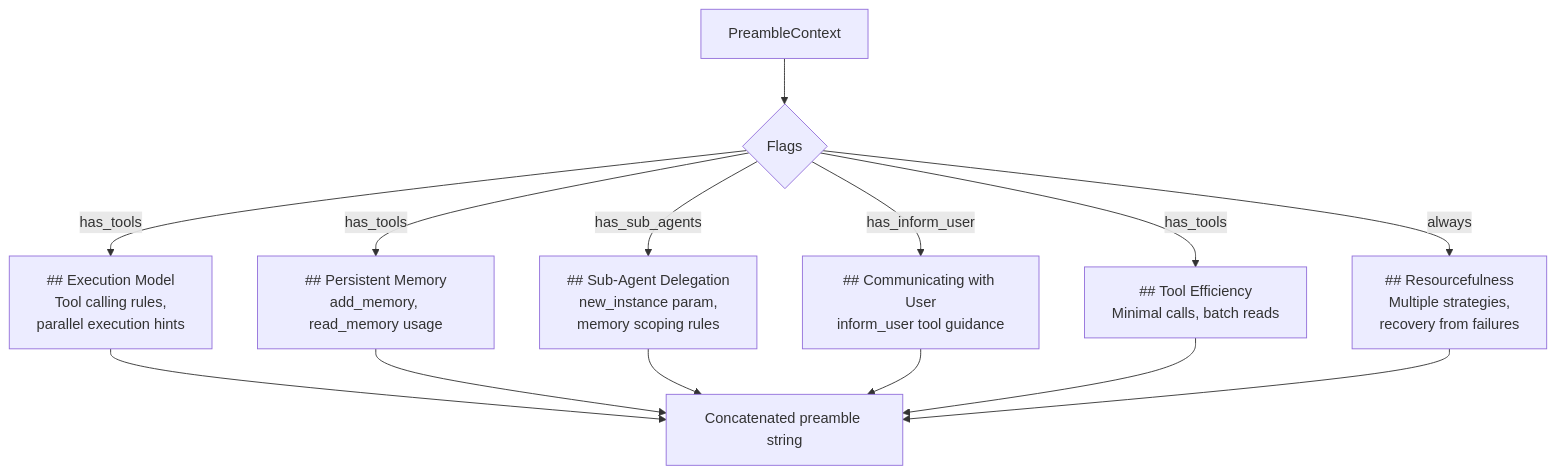
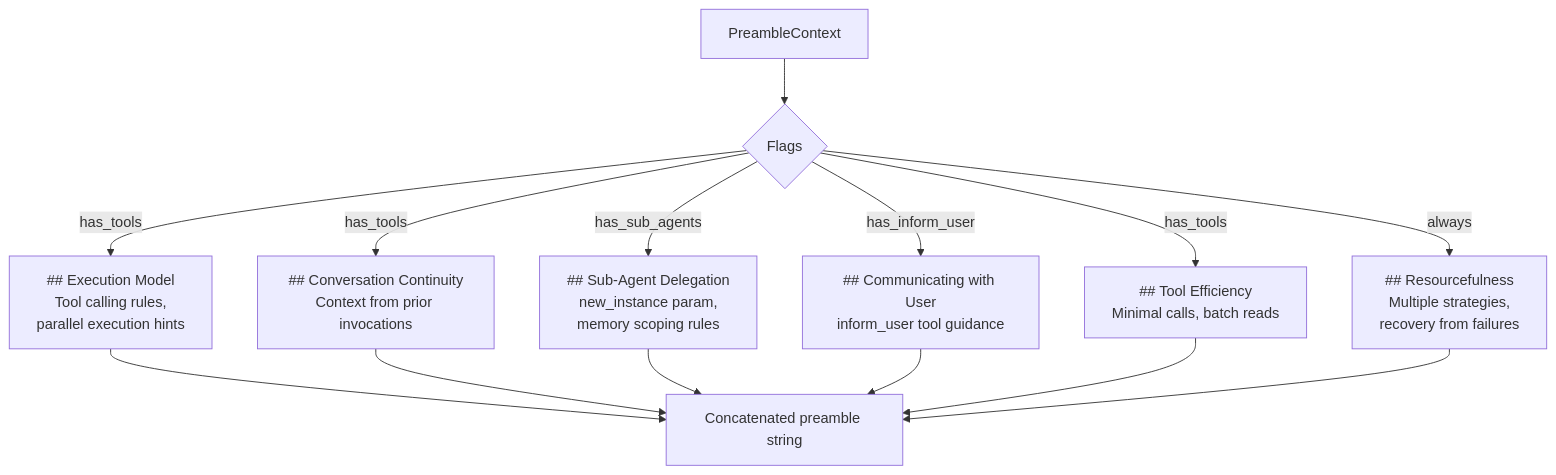
One commit to Refefer/quick-query-rs changed diagram 18 of 37 in docs/ARCHITECTURE.md. Above: the diagram before and after it, drawn with Mermaid. The commit also changed other lines of this file and 12 other files, not shown here.

First line of the commit message:
Rename memory tools to preference tools and scope to user preferences

````diff
--- a/docs/ARCHITECTURE.md
+++ b/docs/ARCHITECTURE.md
@@ -854,18 +854,18 @@
 ```mermaid
 flowchart TD
     CTX["PreambleContext"] --> CHECK{Flags}
 
     CHECK -->|has_tools| SEC1["## Execution Model\nTool calling rules,\nparallel execution hints"]
-    CHECK -->|has_tools| SEC2["## Persistent Memory\nadd_memory, read_memory usage"]
+    CHECK -->|has_tools| SEC2["## Conversation Continuity\nContext from prior invocations"]
     CHECK -->|has_sub_agents| SEC3["## Sub-Agent Delegation\nnew_instance param,\nmemory scoping rules"]
     CHECK -->|has_inform_user| SEC4["## Communicating with User\ninform_user tool guidance"]
     CHECK -->|has_tools| SEC5["## Tool Efficiency\nMinimal calls, batch reads"]
     CHECK -->|always| SEC6["## Resourcefulness\nMultiple strategies,\nrecovery from failures"]
 
     SEC1 --> PREAMBLE["Concatenated preamble string"]
     SEC2 --> PREAMBLE
     SEC3 --> PREAMBLE
     SEC4 --> PREAMBLE
     SEC5 --> PREAMBLE
     SEC6 --> PREAMBLE
 ```
````
